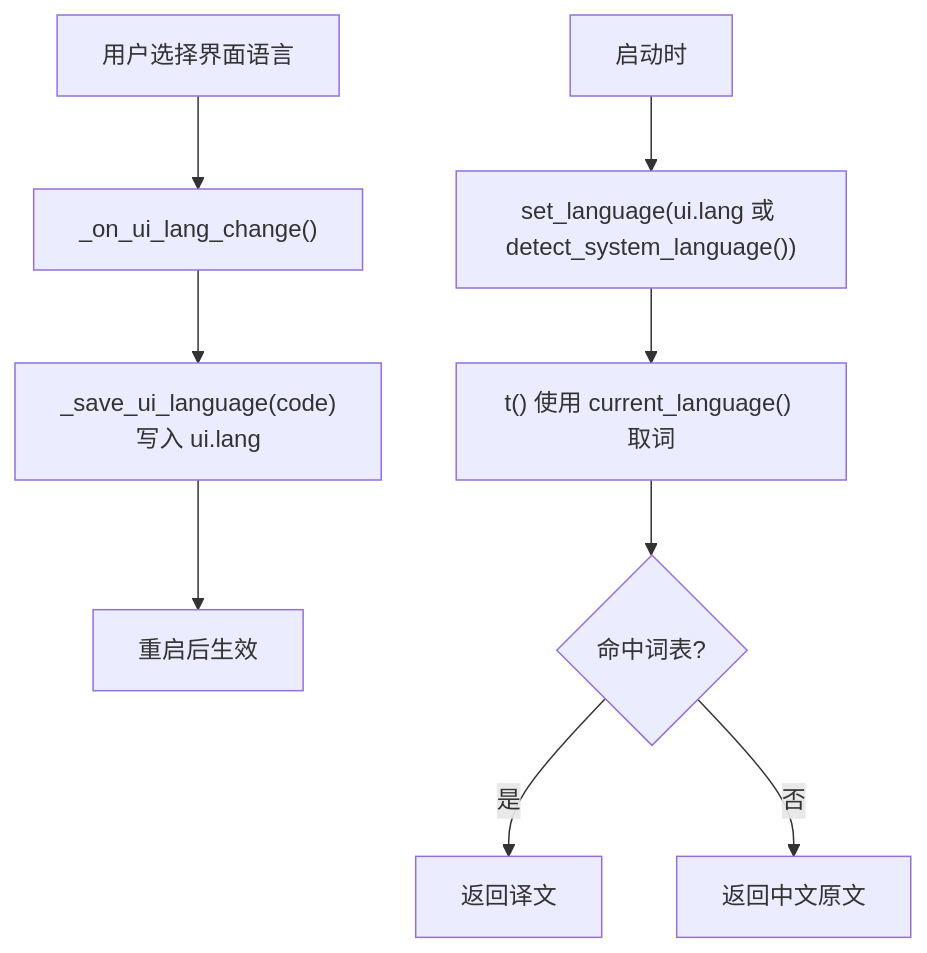
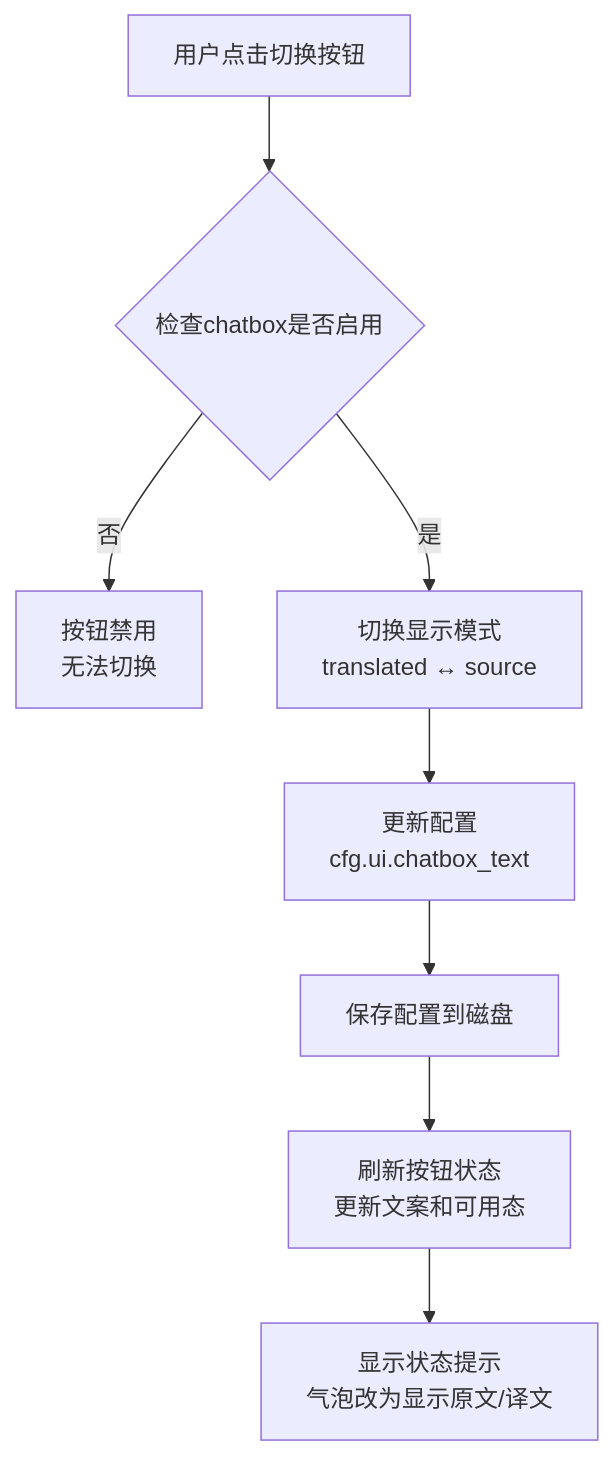
The sixth of 7 diagrams in .qoder/repowiki/zh/content/图形用户界面/图形用户界面.md (EMeowAGENT/vrchat-livetranslate), drawn with Mermaid before and after one commit. The commit also changed other lines of this file and 75 other files, not shown here.

````diff
--- a/.qoder/repowiki/zh/content/图形用户界面/图形用户界面.md
+++ b/.qoder/repowiki/zh/content/图形用户界面/图形用户界面.md
@@ -214,11 +265,10 @@
 ```mermaid
 flowchart TD
-A["用户选择界面语言"] --> B["_on_ui_lang_change()"]
-B --> C["_save_ui_language(code)<br/>写入 ui.lang"]
-C --> D["重启后生效"]
-E["启动时"] --> F["set_language(ui.lang 或 detect_system_language())"]
-F --> G["t() 使用 current_language() 取词"]
-G --> H{"命中词表?"}
-H --> |是| I["返回译文"]
-H --> |否| J["返回中文原文"]
+Click["用户点击切换按钮"] --> CheckEnabled{"检查chatbox是否启用"}
+CheckEnabled --> |否| Disabled["按钮禁用<br/>无法切换"]
+CheckEnabled --> |是| ToggleMode["切换显示模式<br/>translated ↔ source"]
+ToggleMode --> UpdateConfig["更新配置<br/>cfg.ui.chatbox_text"]
+UpdateConfig --> SaveConfig["保存配置到磁盘"]
+SaveConfig --> RefreshBtn["刷新按钮状态<br/>更新文案和可用态"]
+RefreshBtn --> ShowStatus["显示状态提示<br/>气泡改为显示原文/译文"]
 ```
````
